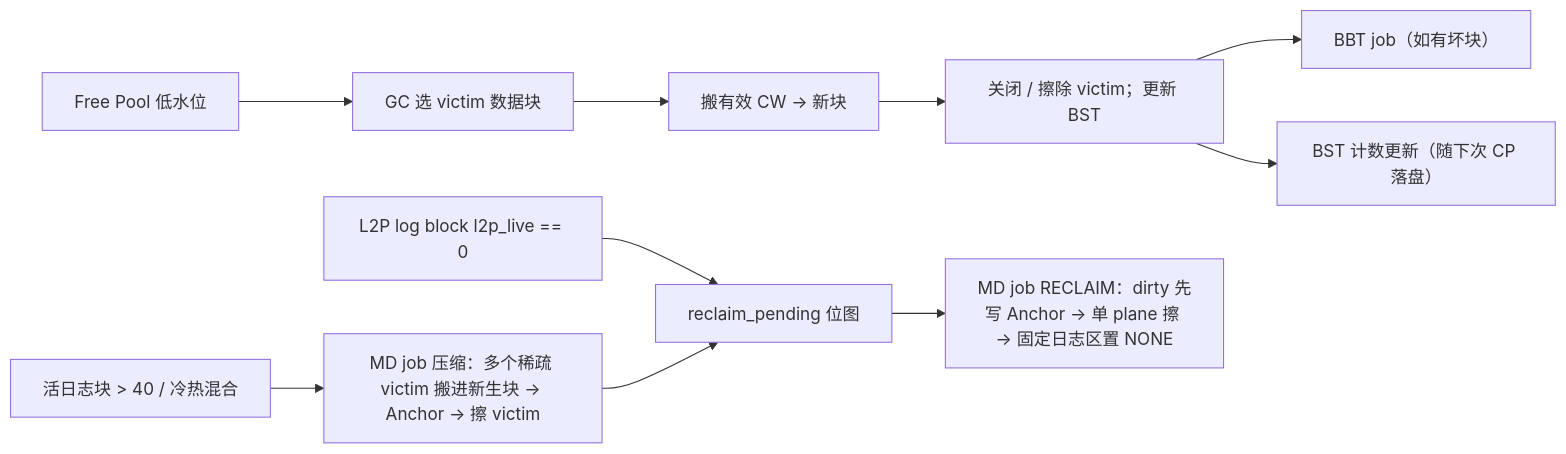
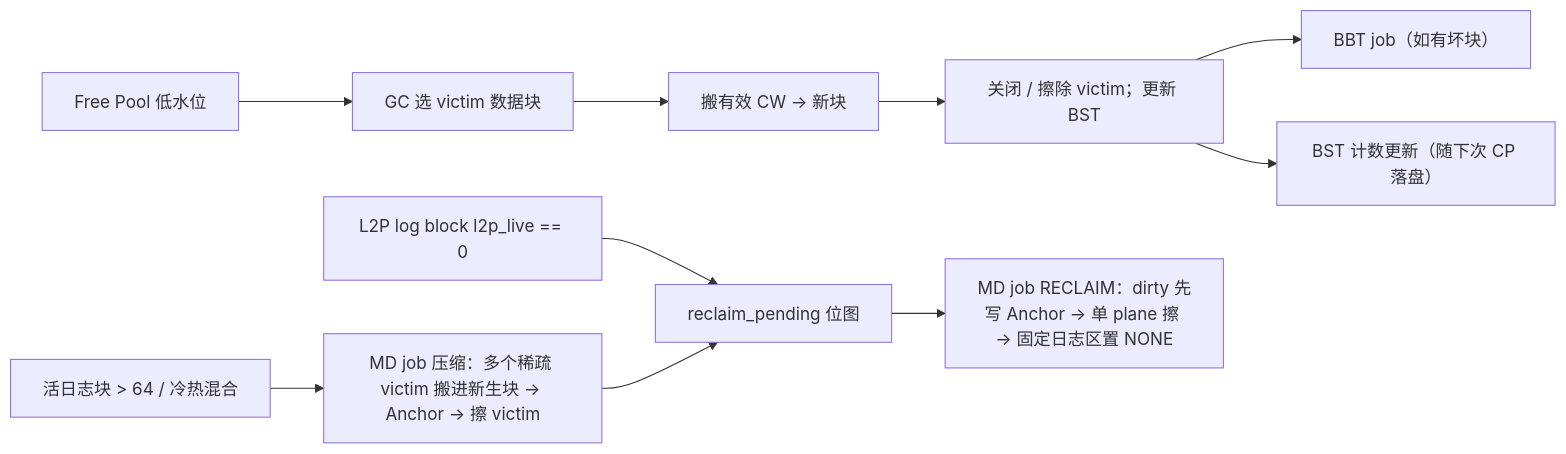
Before and after one commit to YzYMIAO/BASESSD: the fifth of 32 diagrams in docs/design/ftl_design.md, drawn with Mermaid. The commit also changed other lines of this file and 136 other files, not shown here.

````diff
--- a/docs/design/ftl_design.md
+++ b/docs/design/ftl_design.md
@@ -922,12 +965,12 @@
 ```mermaid
 flowchart LR
     FP["Free Pool 低水位"] --> GC["GC 选 victim 数据块"]
     GC --> MV["搬有效 CW → 新块"]
     MV --> CL["关闭 / 擦除 victim；更新 BST"]
     CL --> BBTJ["BBT job（如有坏块）"]
     CL --> WJ["BST 计数更新（随下次 CP 落盘）"]
     L2P["L2P log block l2p_live == 0"] --> RP["reclaim_pending 位图"]
     RP --> RJ["MD job RECLAIM：dirty 先写 Anchor → 单 plane 擦 → 固定日志区置 NONE"]
-    COLD["活日志块 > 40 / 冷热混合"] --> MC["MD job 压缩：多个稀疏 victim 搬进新生块 → Anchor → 擦 victim"]
+    COLD["活日志块 > 64 / 冷热混合"] --> MC["MD job 压缩：多个稀疏 victim 搬进新生块 → Anchor → 擦 victim"]
     MC --> RP
 ```
````
